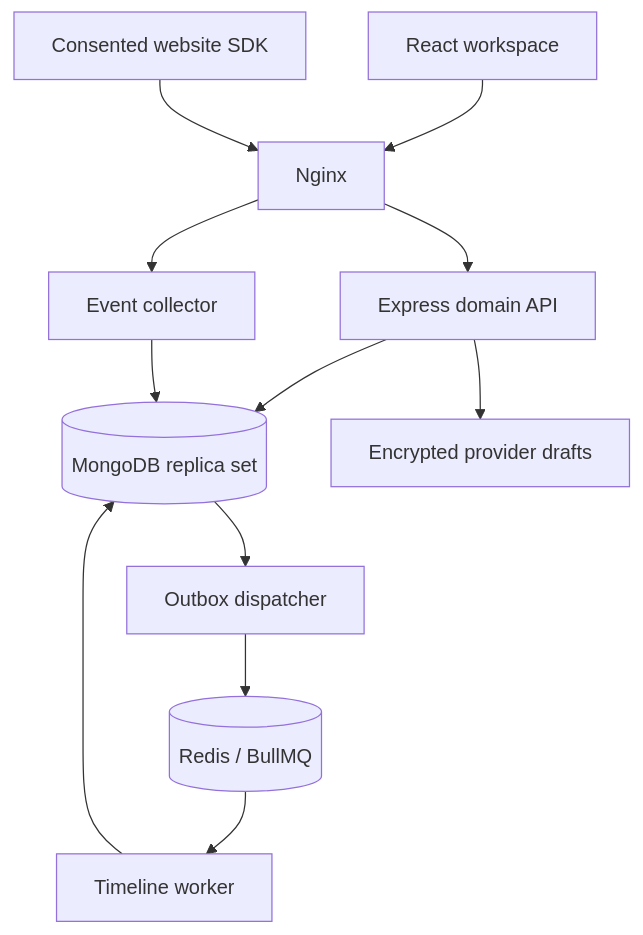
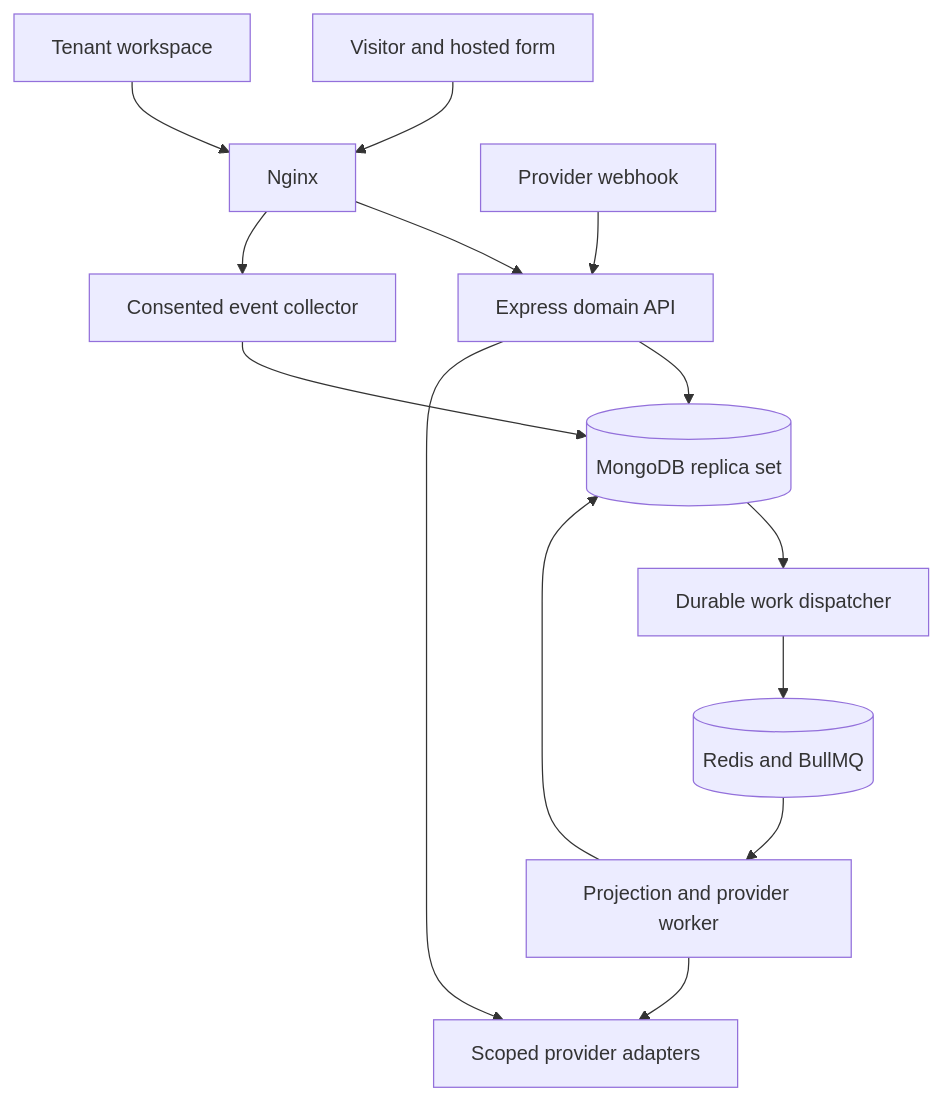
One commit to mynameiscod/RevenuePilot-AI changed the first of 2 diagrams in docs/ARCHITECTURE.md. Above: the diagram before and after it, drawn with Mermaid. The commit also changed other lines of this file and 63 other files, not shown here.

````diff
--- a/docs/ARCHITECTURE.md
+++ b/docs/ARCHITECTURE.md
@@ -9,14 +9,16 @@
 ```mermaid
 flowchart TD
-  Browser[React workspace] --> Edge[Nginx]
-  Websites[Consented website SDK] --> Edge
-  Edge --> API[Express domain API]
-  Edge --> Collector[Event collector]
-  API --> Mongo[(MongoDB replica set)]
+  Visitor["Visitor and hosted form"] --> Edge["Nginx"]
+  Operator["Tenant workspace"] --> Edge
+  Edge --> API["Express domain API"]
+  Edge --> Collector["Consented event collector"]
+  API --> Mongo[("MongoDB replica set")]
   Collector --> Mongo
-  Mongo --> Dispatcher[Outbox dispatcher]
-  Dispatcher --> Redis[(Redis / BullMQ)]
-  Redis --> Worker[Timeline worker]
+  Vendor["Provider webhook"] --> API
+  Mongo --> Dispatcher["Durable work dispatcher"]
+  Dispatcher --> Redis[("Redis and BullMQ")]
+  Redis --> Worker["Projection and provider worker"]
   Worker --> Mongo
-  API --> Drafts[Encrypted provider drafts]
+  Worker --> Providers["Scoped provider adapters"]
+  API --> Providers
 ```
````
